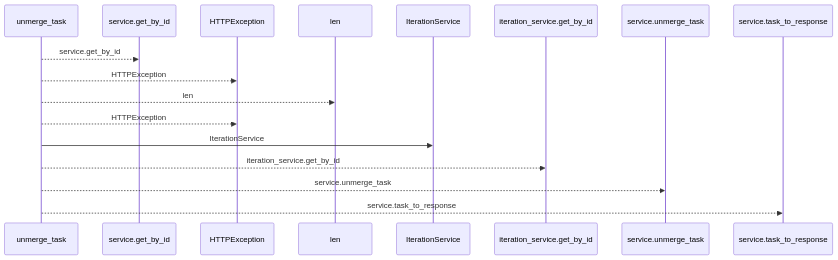
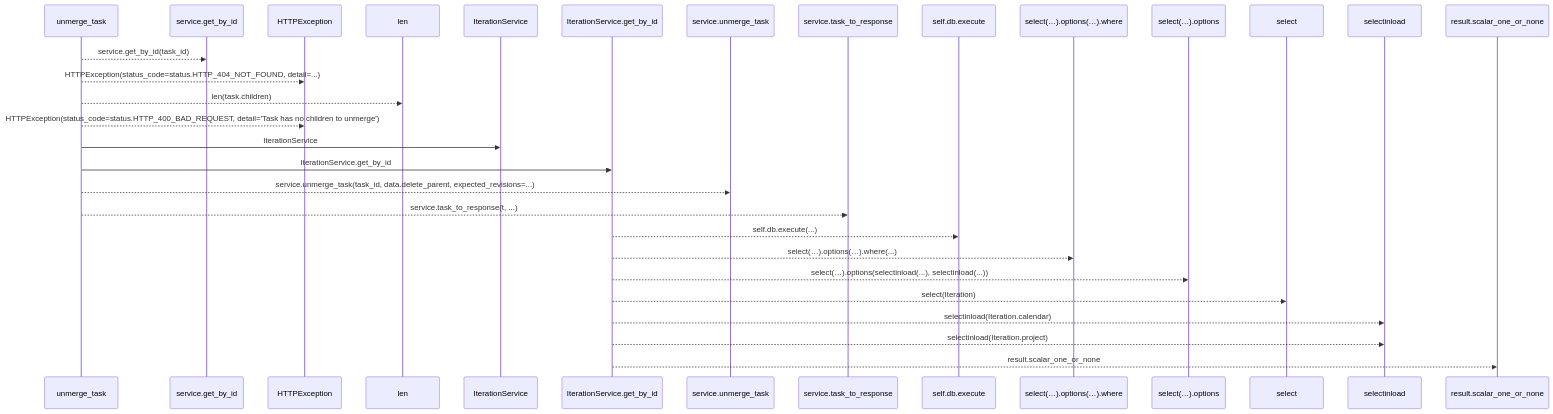
Before and after one commit to Denissvgn/WorkChord: the first of 2 diagrams in docs/llm_wiki/flows/http-unmerge_task.md, drawn with Mermaid. The commit also changed other lines of this file and 25171 other files, not shown here.

````diff
--- a/docs/llm_wiki/flows/http-unmerge_task.md
+++ b/docs/llm_wiki/flows/http-unmerge_task.md
@@ -10,19 +12,32 @@
 ```mermaid
 sequenceDiagram
     participant p0 as unmerge_task
     participant p1 as service.get_by_id
     participant p2 as HTTPException
     participant p3 as len
     participant p4 as IterationService
-    participant p5 as iteration_service.get_by_id
+    participant p5 as IterationService.get_by_id
     participant p6 as service.unmerge_task
     participant p7 as service.task_to_response
-    p0-->>p1: service.get_by_id
-    p0-->>p2: HTTPException
-    p0-->>p3: len
-    p0-->>p2: HTTPException
+    participant p8 as self.db.execute
+    participant p9 as select(…).options(…).where
+    participant p10 as select(…).options
+    participant p11 as select
+    participant p12 as selectinload
+    participant p13 as result.scalar_one_or_none
+    p0-->>p1: service.get_by_id(task_id)
+    p0-->>p2: HTTPException(status_code=status.HTTP_404_NOT_FOUND, detail=...)
+    p0-->>p3: len(task.children)
+    p0-->>p2: HTTPException(status_code=status.HTTP_400_BAD_REQUEST, detail='Task has no children to unmerge')
     p0->>p4: IterationService
-    p0-->>p5: iteration_service.get_by_id
-    p0-->>p6: service.unmerge_task
-    p0-->>p7: service.task_to_response
+    p0->>p5: IterationService.get_by_id
+    p0-->>p6: service.unmerge_task(task_id, data.delete_parent, expected_revisions=...)
+    p0-->>p7: service.task_to_response(t, ...)
+    p5-->>p8: self.db.execute(...)
+    p5-->>p9: select(…).options(…).where(...)
+    p5-->>p10: select(…).options(selectinload(...), selectinload(...))
+    p5-->>p11: select(Iteration)
+    p5-->>p12: selectinload(Iteration.calendar)
+    p5-->>p12: selectinload(Iteration.project)
+    p5-->>p13: result.scalar_one_or_none
 ```
````
